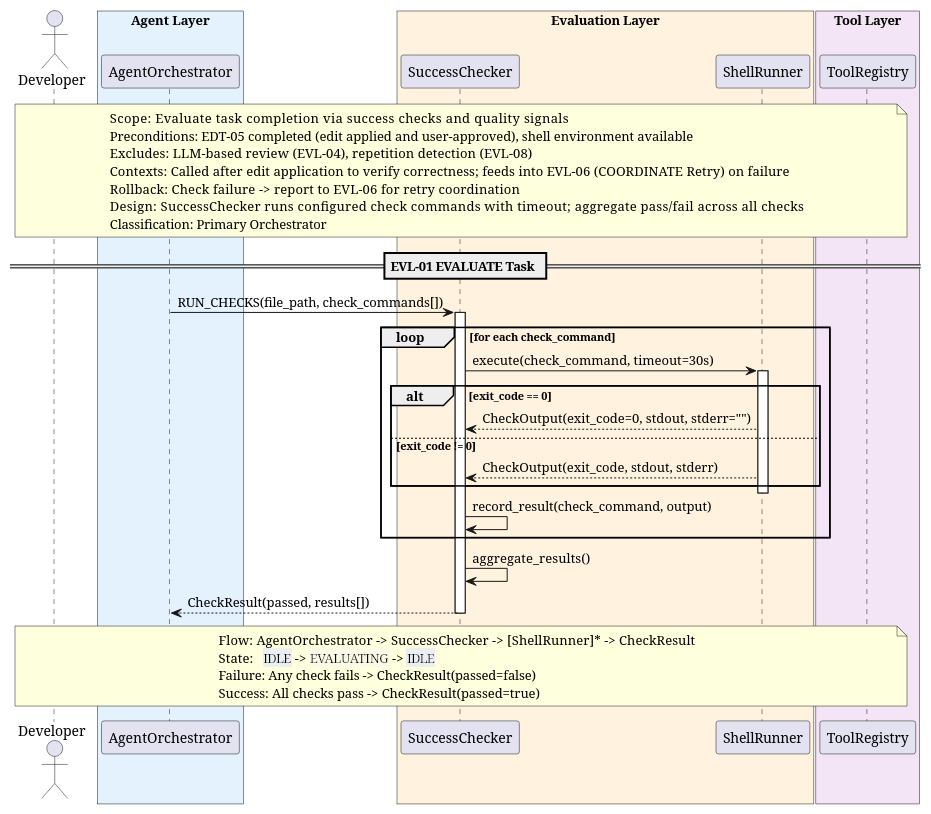
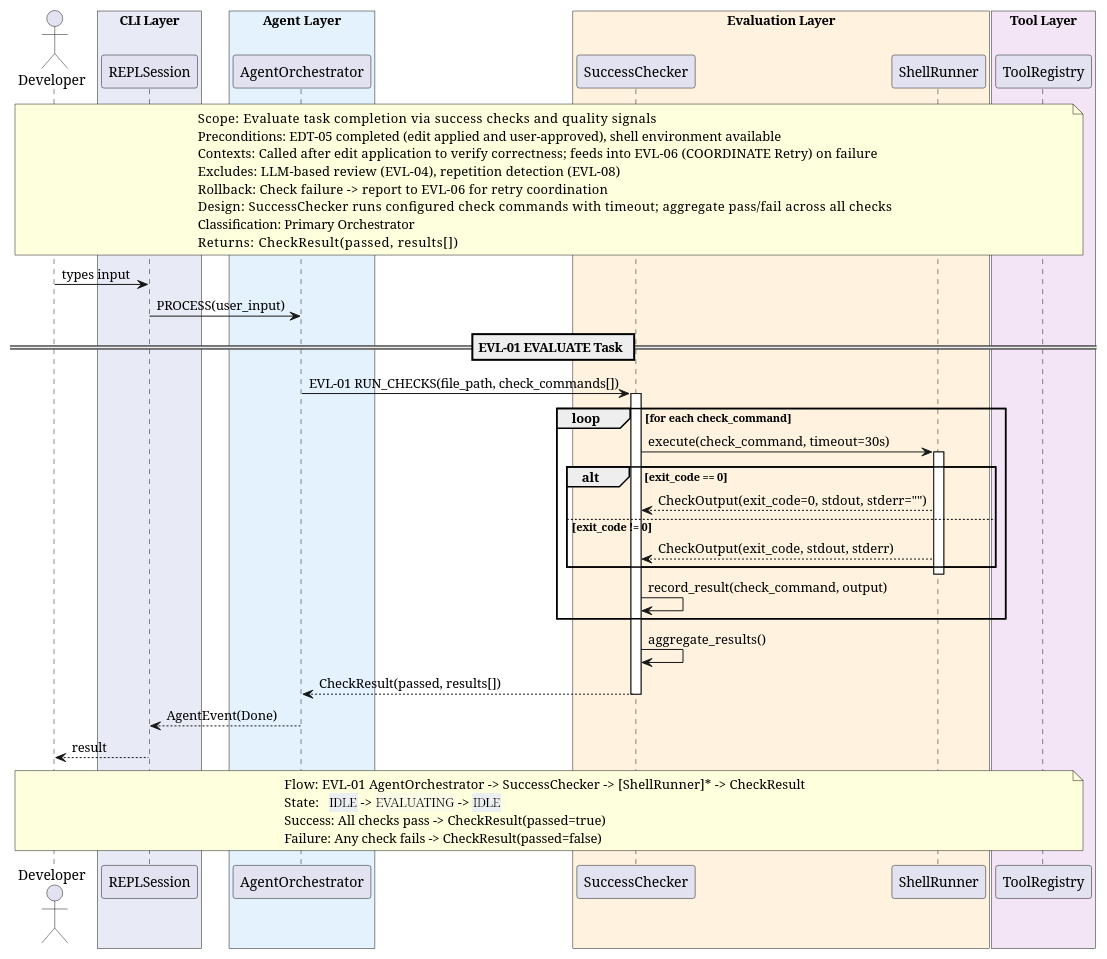
The diagram in docs/SQ/EVL/sq_evl01_evaluate_task.puml (salimnamvar/nasim), drawn with PlantUML before and after one commit. The commit also changed 148 other files, not shown here.

```diff
--- a/docs/SQ/EVL/sq_evl01_evaluate_task.puml
+++ b/docs/SQ/EVL/sq_evl01_evaluate_task.puml
@@ -1,65 +1,75 @@
 @startuml sq_evl01_evaluate_task
 ' ============================================================
 ' Title:     EVL-01 — EVALUATE Task
 ' Boundary:  nasim code agent
 ' Purpose:   Evaluate task completion via success checks and quality signals
 ' Milestone: v1.0
 ' Version:   1.0.0
 ' Source:    docs/UC/README.md
 ' Review:    docs/SQ/README.md
 ' ============================================================
 
 actor "Developer" as user
 
+box "CLI Layer" #E8EAF6
+  participant "REPLSession" as repl
+end box
 box "Agent Layer" #E3F2FD
   participant "AgentOrchestrator" as agent
 end box
 box "Evaluation Layer" #FFF3E0
   participant "SuccessChecker" as checker
   participant "ShellRunner" as shell
 end box
 box "Tool Layer" #F3E5F5
   participant "ToolRegistry" as tool
 end box
 
 note over user, tool
   Scope:          Evaluate task completion via success checks and quality signals
   Preconditions:  EDT-05 completed (edit applied and user-approved), shell environment available
+  Contexts:       Called after edit application to verify correctness; feeds into EVL-06 (COORDINATE Retry) on failure
   Excludes:       LLM-based review (EVL-04), repetition detection (EVL-08)
-  Contexts:       Called after edit application to verify correctness; feeds into EVL-06 (COORDINATE Retry) on failure
   Rollback:       Check failure -> report to EVL-06 for retry coordination
   Design:         SuccessChecker runs configured check commands with timeout; aggregate pass/fail across all checks
   Classification: Primary Orchestrator
+  Returns:        CheckResult(passed, results[])
 end note
+
+user -> repl : types input
+repl -> agent : PROCESS(user_input)
 
 == EVL-01 EVALUATE Task ==
 
-agent -> checker : RUN_CHECKS(file_path, check_commands[])
+agent -> checker : EVL-01 RUN_CHECKS(file_path, check_commands[])
 activate checker
 
 loop for each check_command
     checker -> shell : execute(check_command, timeout=30s)
     activate shell
     alt exit_code == 0
         shell --> checker : CheckOutput(exit_code=0, stdout, stderr="")
     else exit_code != 0
         shell --> checker : CheckOutput(exit_code, stdout, stderr)
     end
     deactivate shell
 
     checker -> checker : record_result(check_command, output)
 end
 
 checker -> checker : aggregate_results()
 
 checker --> agent : CheckResult(passed, results[])
 deactivate checker
 
+agent --> repl : AgentEvent(Done)
+repl --> user : result
+
 note over user, tool
-  Flow:    AgentOrchestrator -> SuccessChecker -> [ShellRunner]* -> CheckResult
+  Flow:    EVL-01 AgentOrchestrator -> SuccessChecker -> [ShellRunner]* -> CheckResult
   State:   <back:#ECEFF1>IDLE</back> -> <back:#F9FBE7>EVALUATING</back> -> <back:#ECEFF1>IDLE</back>
+  Success: All checks pass -> CheckResult(passed=true)
   Failure: Any check fails -> CheckResult(passed=false)
-  Success: All checks pass -> CheckResult(passed=true)
 end note
 
 @enduml
```
